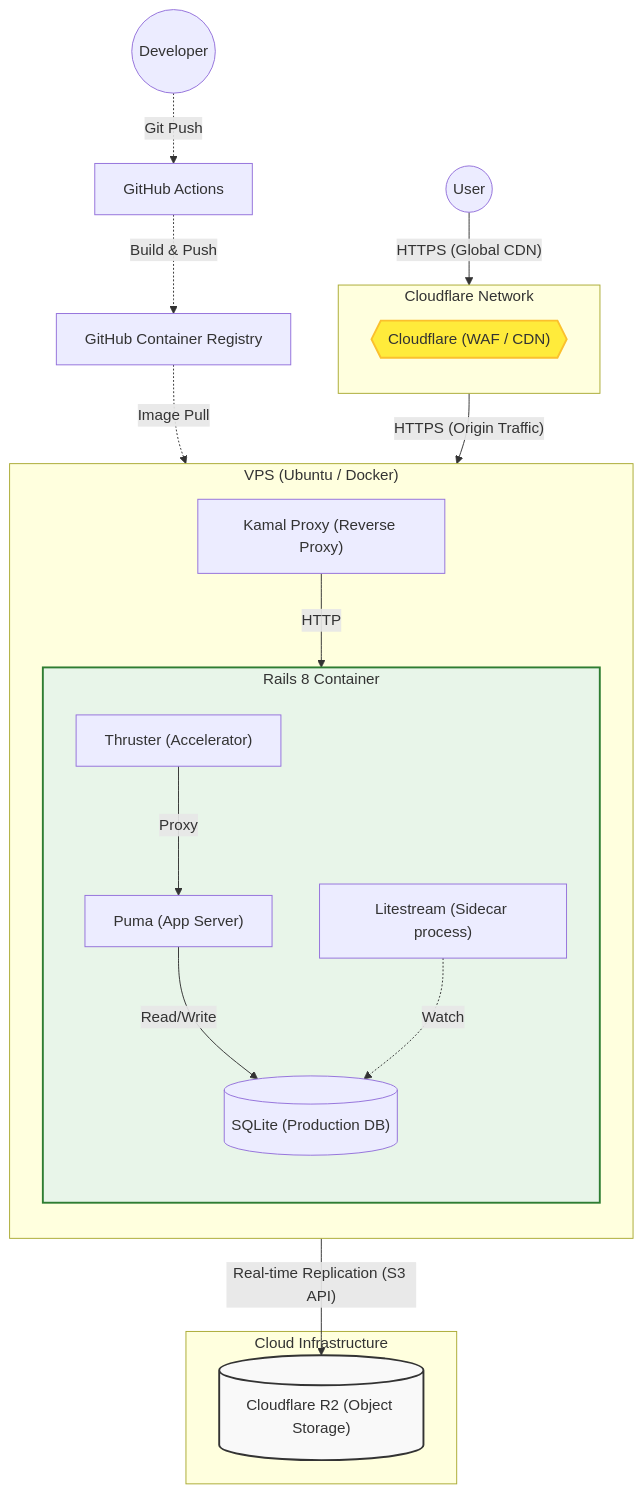
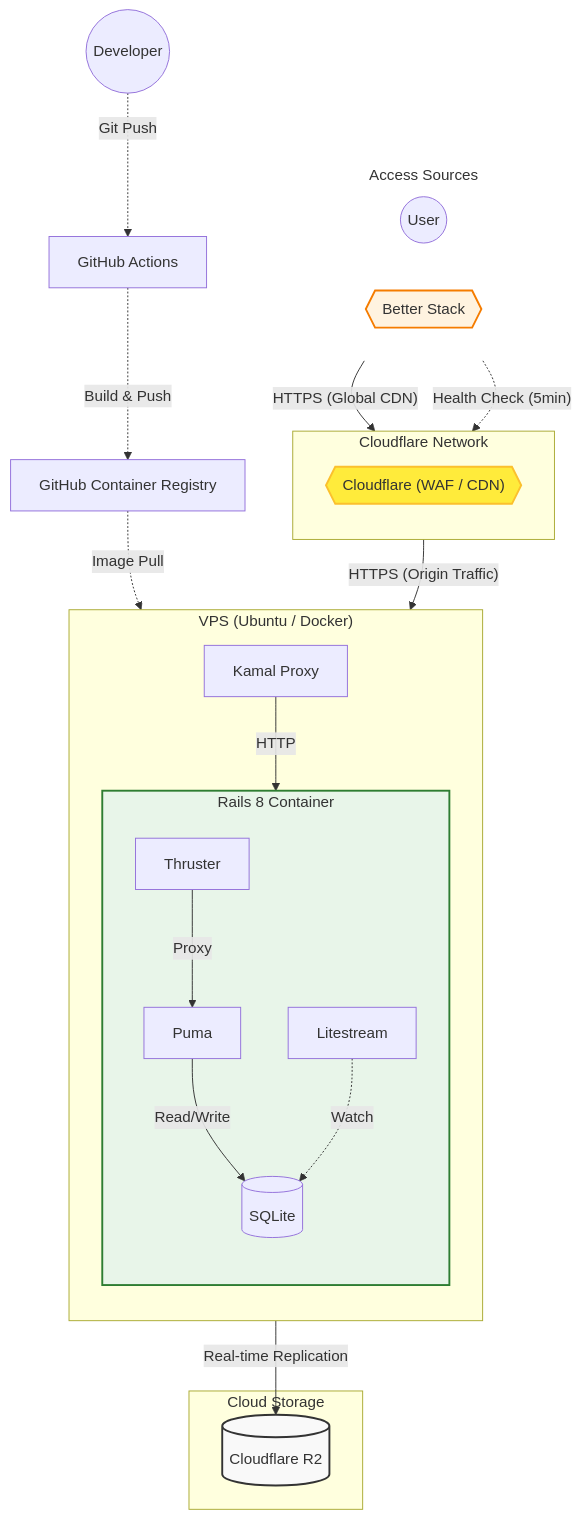
The second of 2 diagrams in README.md (php8-study/php8-study-app), drawn with Mermaid before and after one commit.

Commit message:
Readmeのインフラ図を更新

````diff
--- a/README.md
+++ b/README.md
@@ -202,42 +202,51 @@
 ```mermaid
 graph TD
     classDef cloud fill:#f9f9f9,stroke:#333,stroke-width:2px;
     classDef cf fill:#ffeb3b,stroke:#fbc02d,stroke-width:2px;
     classDef storage fill:#e1f5fe,stroke:#0277bd,stroke-width:2px;
     classDef app fill:#e8f5e9,stroke:#2e7d32,stroke-width:2px;
+    classDef monitor fill:#fff3e0,stroke:#f57c00,stroke-width:2px;
 
-    User((User)) -->|"HTTPS (Global CDN)"| Cloudflare
+    subgraph Access ["Access Sources"]
+        direction LR
+        style Access fill:transparent,stroke:none
+        User((User))
+        BetterStack{{"Better Stack"}}:::monitor
+    end
 
     subgraph Security ["Cloudflare Network"]
         direction TB
         Cloudflare{{"Cloudflare (WAF / CDN)"}}:::cf
     end
 
+    User -->|"HTTPS (Global CDN)"| Cloudflare
+    BetterStack -.->|"Health Check (5min)"| Cloudflare
+
     Cloudflare -->|"HTTPS (Origin Traffic)"| KamalProxy
 
     subgraph VPS ["VPS (Ubuntu / Docker)"]
         direction TB
-        KamalProxy["Kamal Proxy (Reverse Proxy)"] -->|HTTP| Thruster
+        KamalProxy["Kamal Proxy"] -->|HTTP| Thruster
 
         subgraph AppContainer ["Rails 8 Container"]
             direction TB
-            Thruster["Thruster (Accelerator)"] -->|Proxy| Puma["Puma (App Server)"]
-            Puma -->|"Read/Write"| SQLite[("SQLite (Production DB)")]
+            Thruster["Thruster"] -->|Proxy| Puma["Puma"]
+            Puma -->|"Read/Write"| SQLite[("SQLite")]
 
-            Litestream["Litestream (Sidecar process)"] -.->|Watch| SQLite
+            Litestream["Litestream"] -.->|Watch| SQLite
         end
     end
 
-    subgraph Cloud ["Cloud Infrastructure"]
-        R2[("Cloudflare R2 (Object Storage)")]:::storage
+    subgraph Storage ["Cloud Storage"]
+        R2[("Cloudflare R2")]:::storage
     end
 
-    Litestream -->|"Real-time Replication (S3 API)"| R2
+    Litestream -->|"Real-time Replication"| R2
 
     Dev((Developer)) -.->|"Git Push"| GitHub["GitHub Actions"]
     GitHub -.->|"Build & Push"| Registry["GitHub Container Registry"]
     Registry -.->|"Image Pull"| VPS
 
     class R2 cloud
     class AppContainer app
 ```
````
